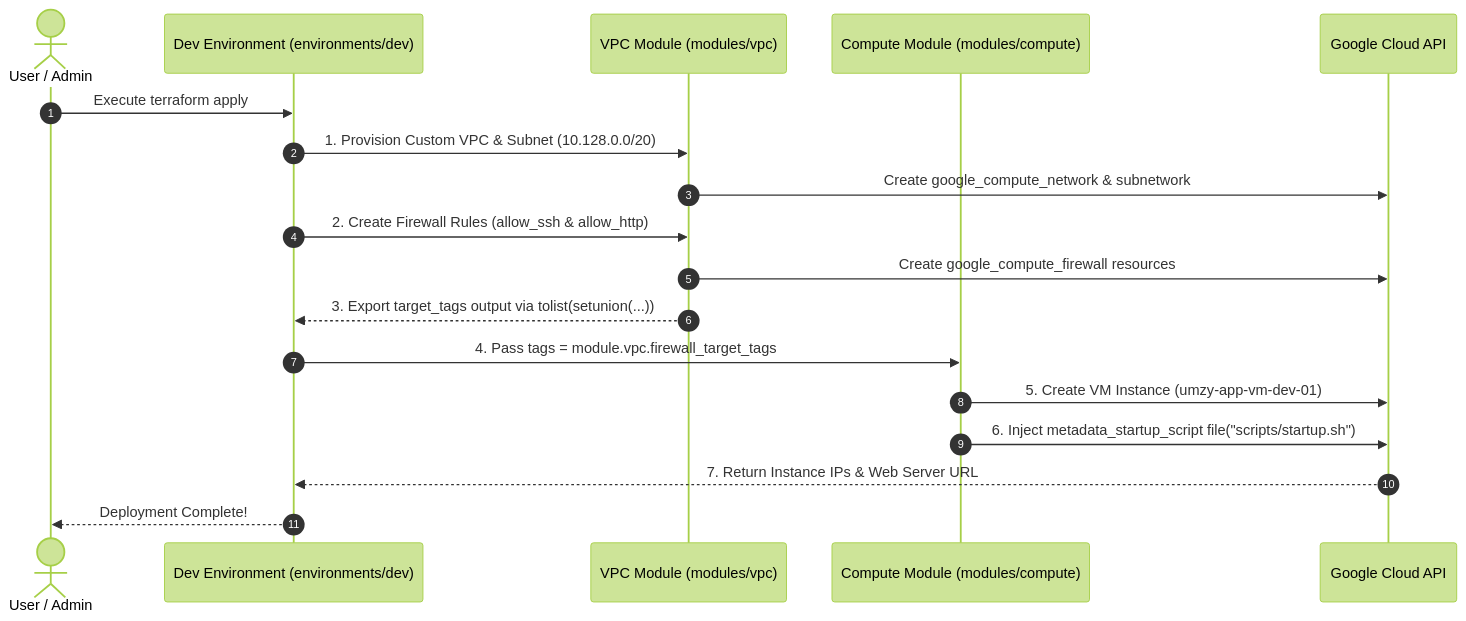
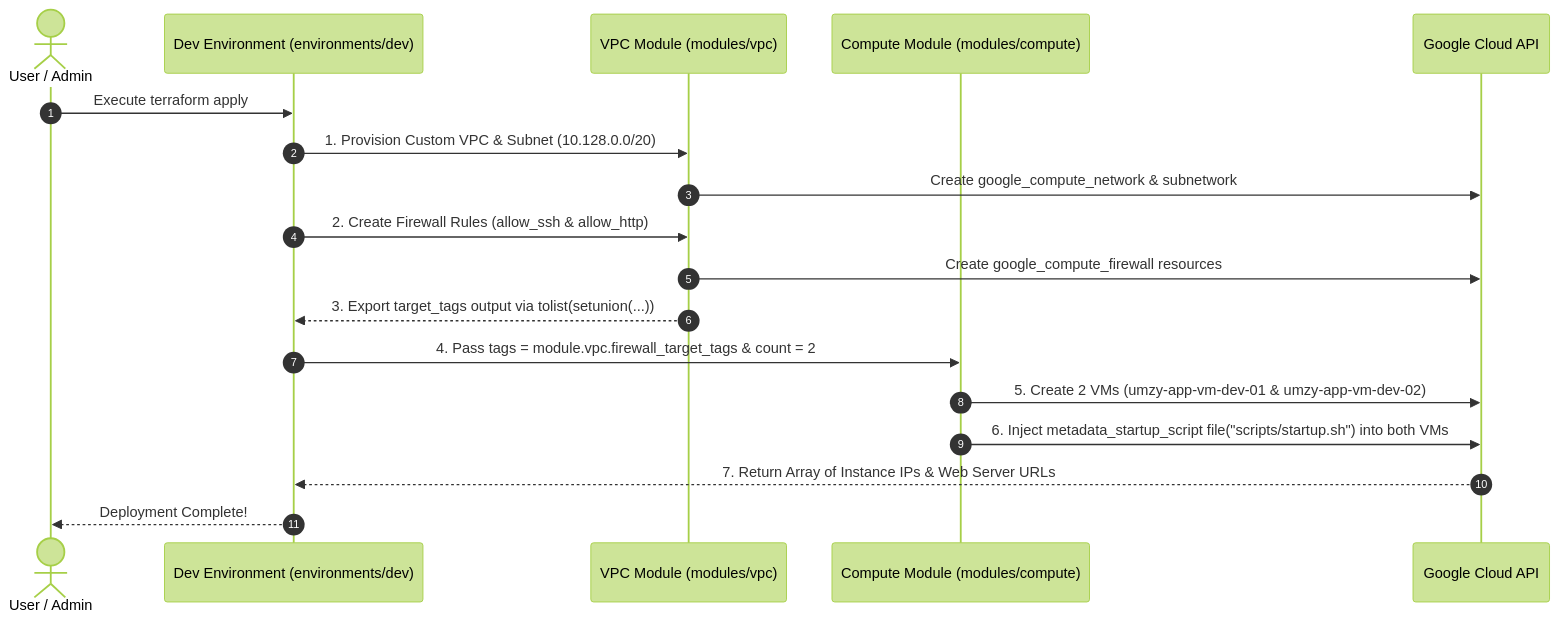
One commit to umeshpoojary-gcp/gcp-project changed the second of 2 diagrams in README.md. Above: the diagram before and after it, drawn with Mermaid (forest theme). The commit also changed other lines of this file and 1 other file, not shown here.

Commit message:
Update README diagrams and image for 2-VM architecture

````diff
--- a/README.md
+++ b/README.md
@@ -72,21 +79,21 @@
 ```mermaid
 sequenceDiagram
     autonumber
     actor User as User / Admin
     participant Dev as Dev Environment (environments/dev)
     participant VPC as VPC Module (modules/vpc)
     participant Compute as Compute Module (modules/compute)
     participant GCP as Google Cloud API
 
     User->>Dev: Execute terraform apply
     Dev->>VPC: 1. Provision Custom VPC & Subnet (10.128.0.0/20)
     VPC->>GCP: Create google_compute_network & subnetwork
     Dev->>VPC: 2. Create Firewall Rules (allow_ssh & allow_http)
     VPC->>GCP: Create google_compute_firewall resources
     VPC-->>Dev: 3. Export target_tags output via tolist(setunion(...))
-    Dev->>Compute: 4. Pass tags = module.vpc.firewall_target_tags
-    Compute->>GCP: 5. Create VM Instance (umzy-app-vm-dev-01)
-    Compute->>GCP: 6. Inject metadata_startup_script file("scripts/startup.sh")
-    GCP-->>Dev: 7. Return Instance IPs & Web Server URL
+    Dev->>Compute: 4. Pass tags = module.vpc.firewall_target_tags & count = 2
+    Compute->>GCP: 5. Create 2 VMs (umzy-app-vm-dev-01 & umzy-app-vm-dev-02)
+    Compute->>GCP: 6. Inject metadata_startup_script file("scripts/startup.sh") into both VMs
+    GCP-->>Dev: 7. Return Array of Instance IPs & Web Server URLs
     Dev-->>User: Deployment Complete!
 ```
````
